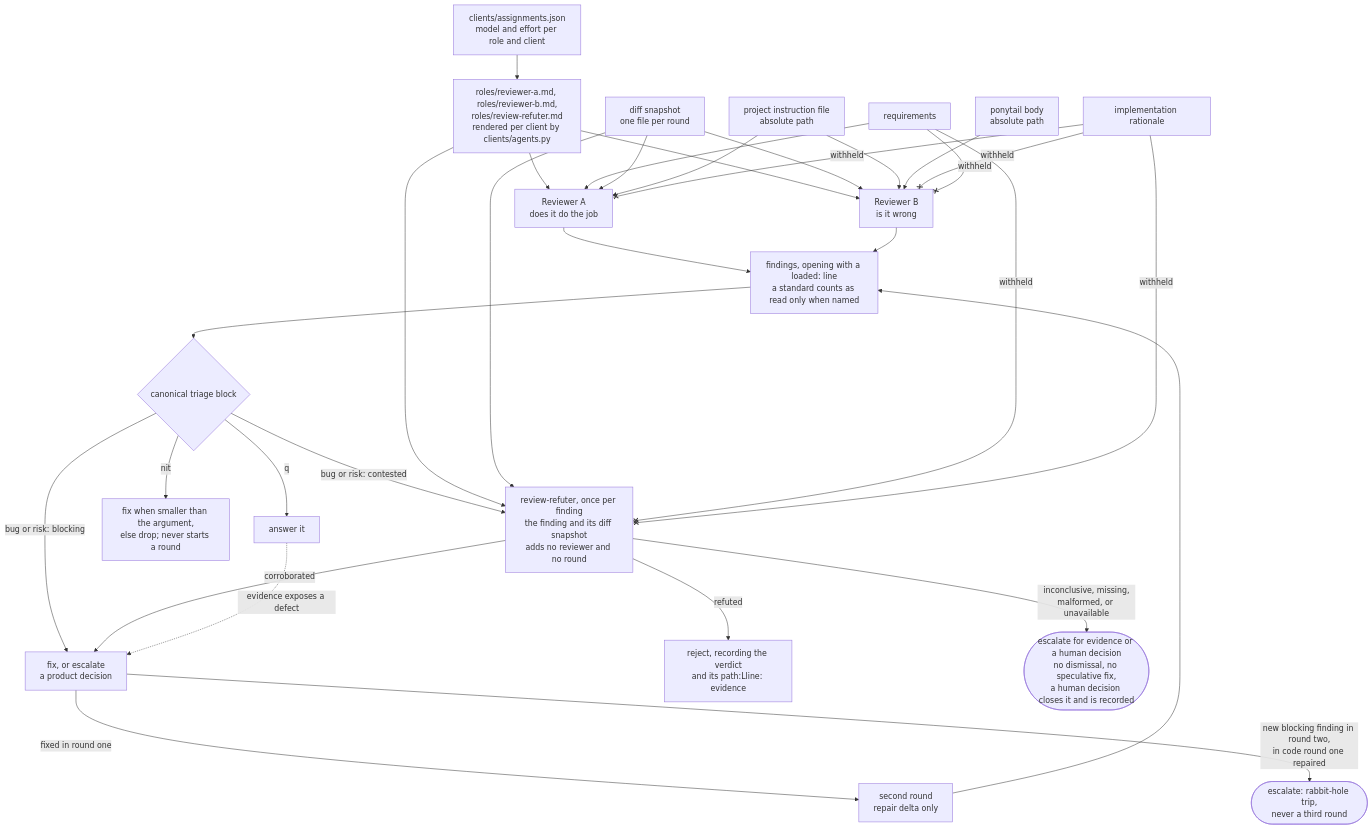
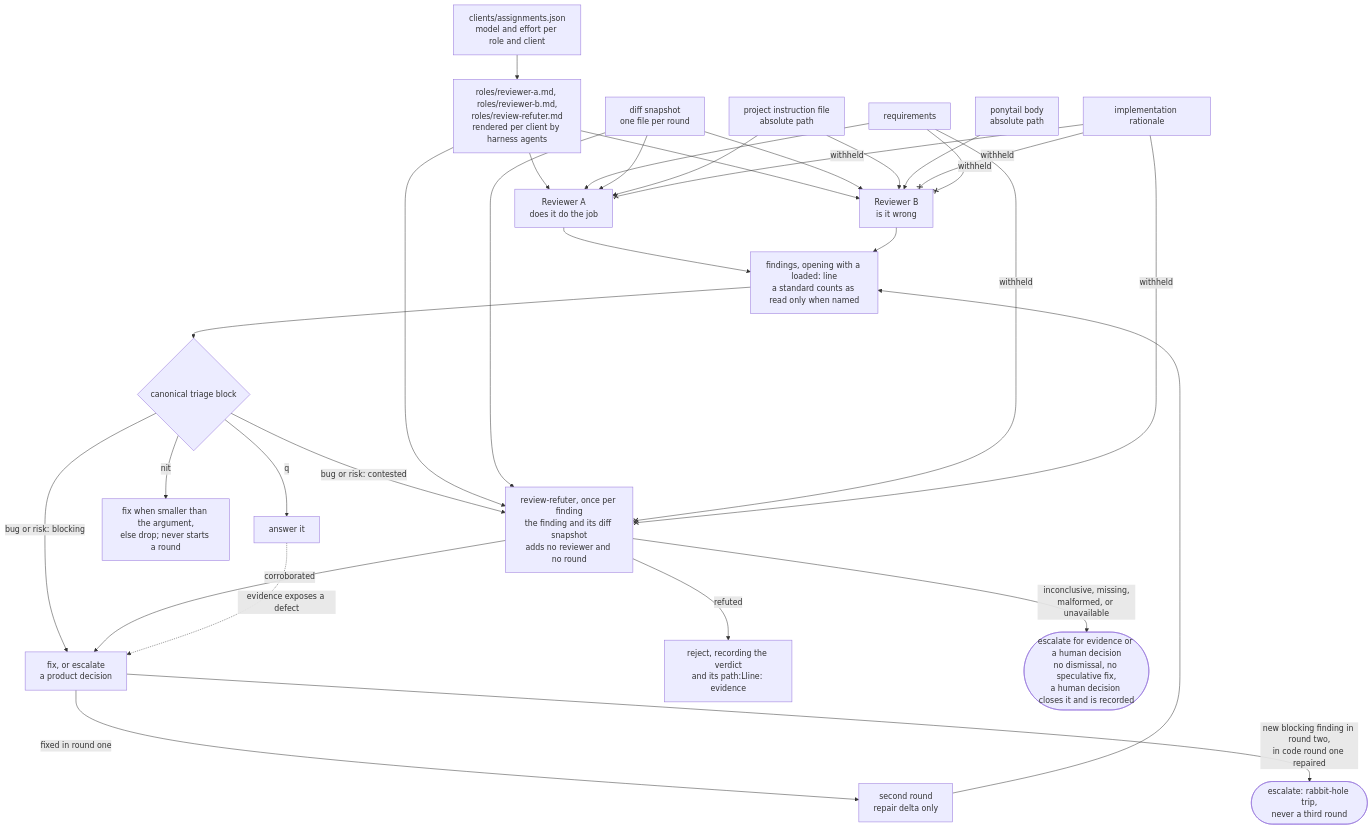
The second of 4 diagrams in harness/README.md (jvillegasd/harness), drawn with Mermaid before and after one commit. The commit also changed other lines of this file and 51 other files, not shown here.

First line of the commit message:
refactor(harness): port agents and scenarios to go (#13)

````diff
--- a/harness/README.md
+++ b/harness/README.md
@@ -123,33 +125,33 @@
 ```mermaid
 flowchart TD
-    assign["clients/assignments.json<br>model and effort per role and client"] --> roles["roles/reviewer-a.md, roles/reviewer-b.md,<br>roles/review-refuter.md<br>rendered per client by clients/agents.py"]
+    assign["clients/assignments.json<br>model and effort per role and client"] --> roles["roles/reviewer-a.md, roles/reviewer-b.md,<br>roles/review-refuter.md<br>rendered per client by harness agents"]
     roles --> a["Reviewer A<br>does it do the job"]
     roles --> b["Reviewer B<br>is it wrong"]
     req["requirements"] --> a
     snap["diff snapshot<br>one file per round"] --> a
     snap --> b
     project["project instruction file<br>absolute path"] --> a
     project --> b
     ponytail["ponytail body<br>absolute path"] --> b
     rationale["implementation rationale"] --x|withheld| a
     rationale --x|withheld| b
     req --x|withheld| b
     a --> findings["findings, opening with a loaded: line<br>a standard counts as read only when named"]
     b --> findings
     findings --> triage{"canonical triage block"}
     triage -->|bug or risk: blocking| blocking["fix, or escalate<br>a product decision"]
     triage -->|bug or risk: contested| refuter["review-refuter, once per finding<br>the finding and its diff snapshot<br>adds no reviewer and no round"]
     roles --> refuter
     snap --> refuter
     req --x|withheld| refuter
     rationale --x|withheld| refuter
     refuter -->|corroborated| blocking
     refuter -->|refuted| rejected["reject, recording the verdict<br>and its path:Lline: evidence"]
     refuter -->|inconclusive, missing,<br>malformed, or unavailable| uncertain(["escalate for evidence or a human decision<br>no dismissal, no speculative fix,<br>a human decision closes it and is recorded"])
     triage -->|nit| nit["fix when smaller than the argument,<br>else drop; never starts a round"]
     triage -->|q| question["answer it"]
     question -.->|evidence exposes a defect| blocking
     blocking -->|fixed in round one| delta["second round<br>repair delta only"]
     delta --> findings
     blocking -->|new blocking finding in round two,<br>in code round one repaired| escalate(["escalate: rabbit-hole trip,<br>never a third round"])
 ```
````
